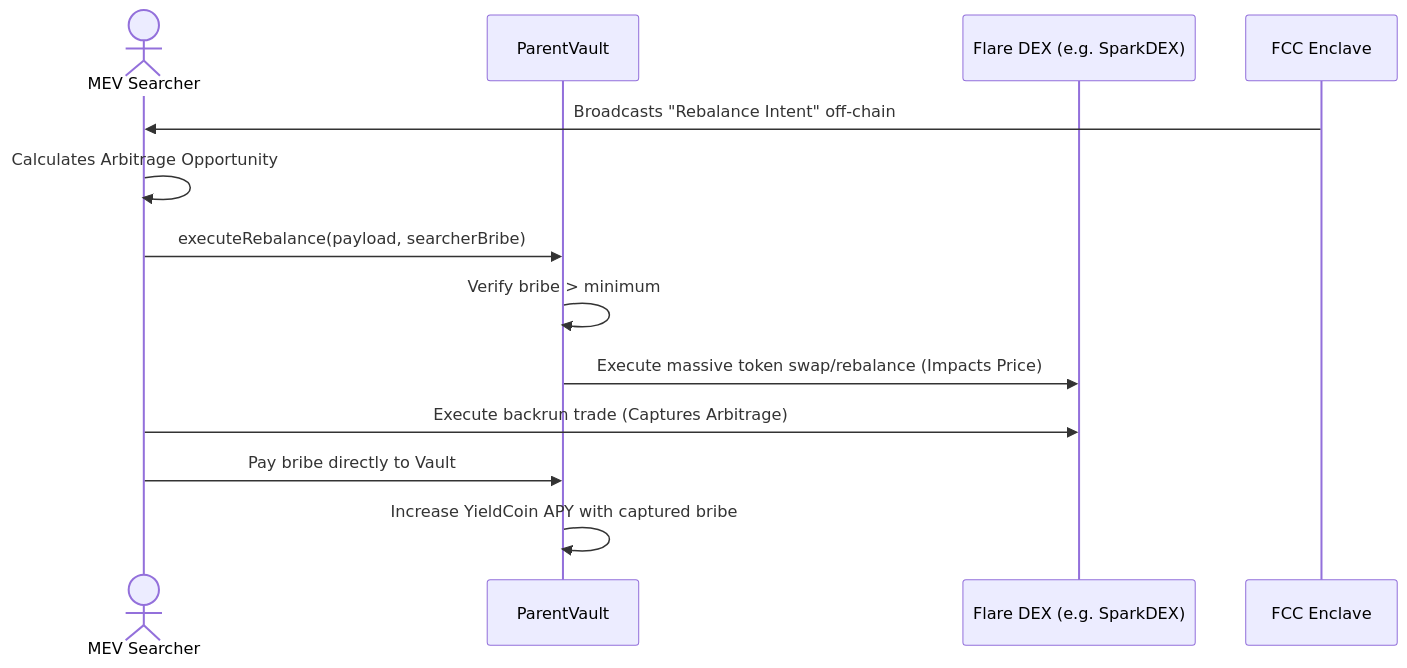
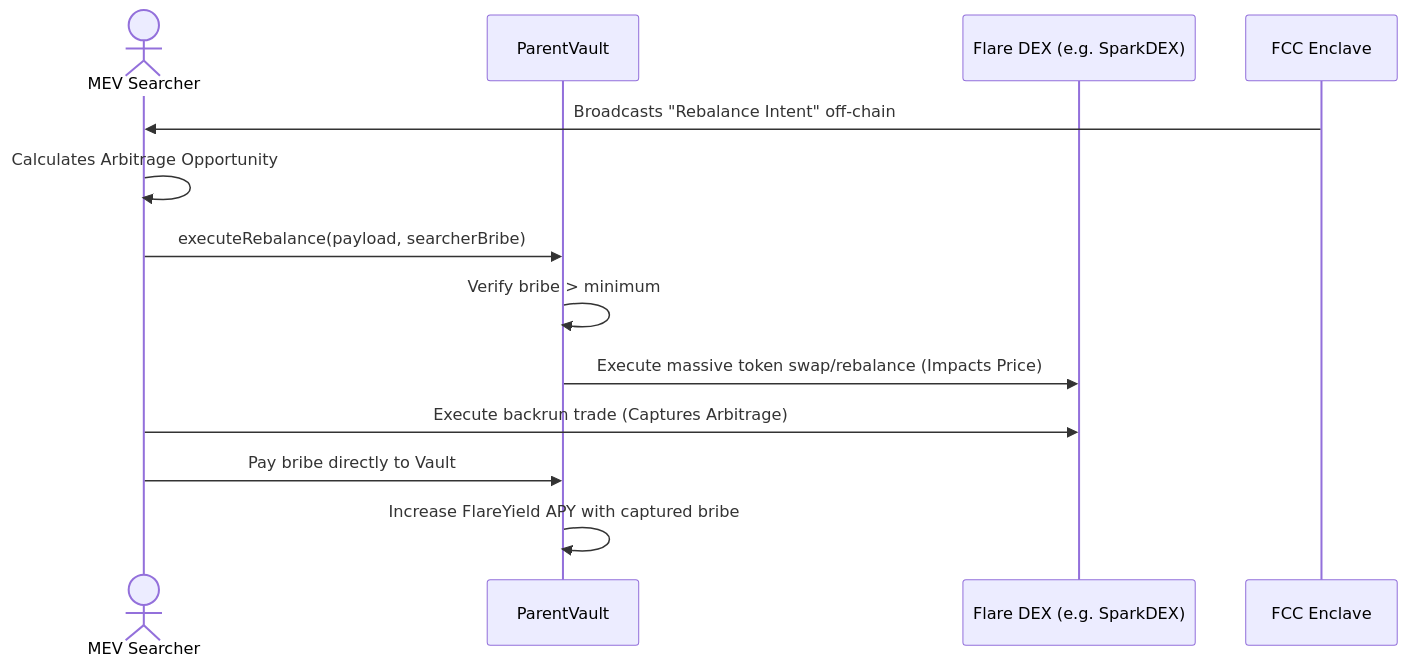
One commit to ola-893/Yieldflare changed the third of 4 diagrams in docs/platform_overview.md. Above: the diagram before and after it, drawn with Mermaid. The commit also changed other lines of this file and 6 other files, not shown here.

Commit message:
docs: update system architecture and hackathon documentation

````diff
--- a/docs/platform_overview.md
+++ b/docs/platform_overview.md
@@ -72,18 +72,18 @@
 ```mermaid
 sequenceDiagram
     actor Searcher as MEV Searcher
     participant Vault as ParentVault
     participant DEX as Flare DEX (e.g. SparkDEX)
     participant TEE as FCC Enclave
 
     TEE->>Searcher: Broadcasts "Rebalance Intent" off-chain
     Searcher->>Searcher: Calculates Arbitrage Opportunity
     Searcher->>Vault: executeRebalance(payload, searcherBribe)
     
     Vault->>Vault: Verify bribe > minimum
     Vault->>DEX: Execute massive token swap/rebalance (Impacts Price)
     
     Searcher->>DEX: Execute backrun trade (Captures Arbitrage)
     Searcher->>Vault: Pay bribe directly to Vault
-    Vault->>Vault: Increase YieldCoin APY with captured bribe
+    Vault->>Vault: Increase FlareYield APY with captured bribe
 ```
````
